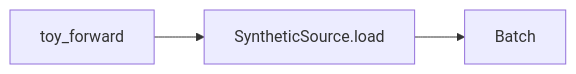
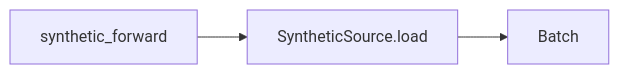
The first of 3 diagrams in README.md (xerxeschongxian26/ms_aurora_portfolio), drawn with Mermaid before and after one commit. The commit also changed other lines of this file and 5 other files, not shown here.

First line of the commit message:
refactor(scripts): rename toy_forward to synthetic_forward

````diff
--- a/README.md
+++ b/README.md
@@ -109,4 +109,4 @@
 ```mermaid
 flowchart LR
-  A[toy_forward] --> B[SyntheticSource.load] --> C[Batch]
+  A[synthetic_forward] --> B[SyntheticSource.load] --> C[Batch]
 ```
````
